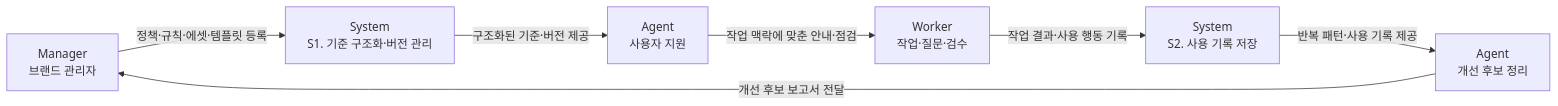
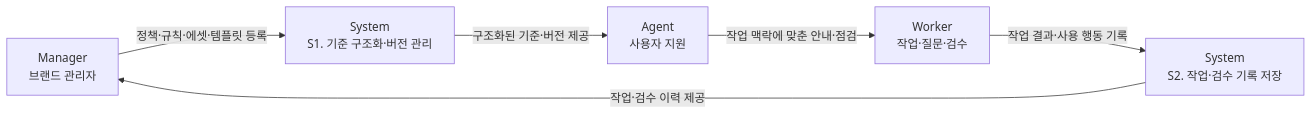
One commit to ewoooo/living-brand-system changed the second of 2 diagrams in docs/01-product.md. Above: the diagram before and after it, drawn with Mermaid. The commit also changed other lines of this file and 6 other files, not shown here.

Commit message:
docs: update domain architecture records

````diff
--- a/docs/01-product.md
+++ b/docs/01-product.md
@@ -93,16 +91,14 @@
 ```mermaid
 flowchart LR
   M["Manager<br/>브랜드 관리자"]
   S1["System<br/>S1. 기준 구조화·버전 관리"]
   A1["Agent<br/>사용자 지원"]
   C["Worker<br/>작업·질문·검수"]
-  S2["System<br/>S2. 사용 기록 저장"]
-  A2["Agent<br/>개선 후보 정리"]
+  S2["System<br/>S2. 작업·검수 기록 저장"]
 
   M -->|"정책·규칙·에셋·템플릿 등록"| S1
   S1 -->|"구조화된 기준·버전 제공"| A1
   A1 -->|"작업 맥락에 맞춘 안내·점검"| C
   C -->|"작업 결과·사용 행동 기록"| S2
-  S2 -->|"반복 패턴·사용 기록 제공"| A2
-  A2 -->|"개선 후보 보고서 전달"| M
+  S2 -->|"작업·검수 이력 제공"| M
 ```
````
